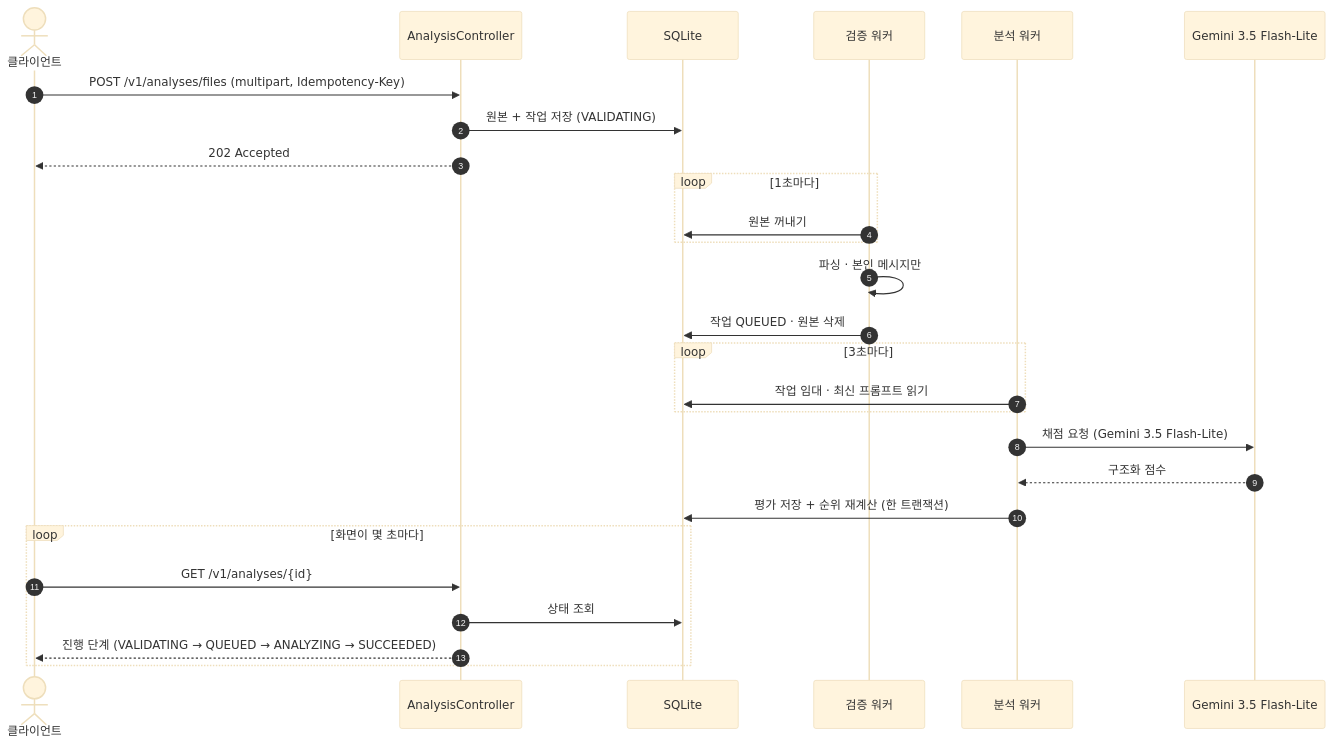
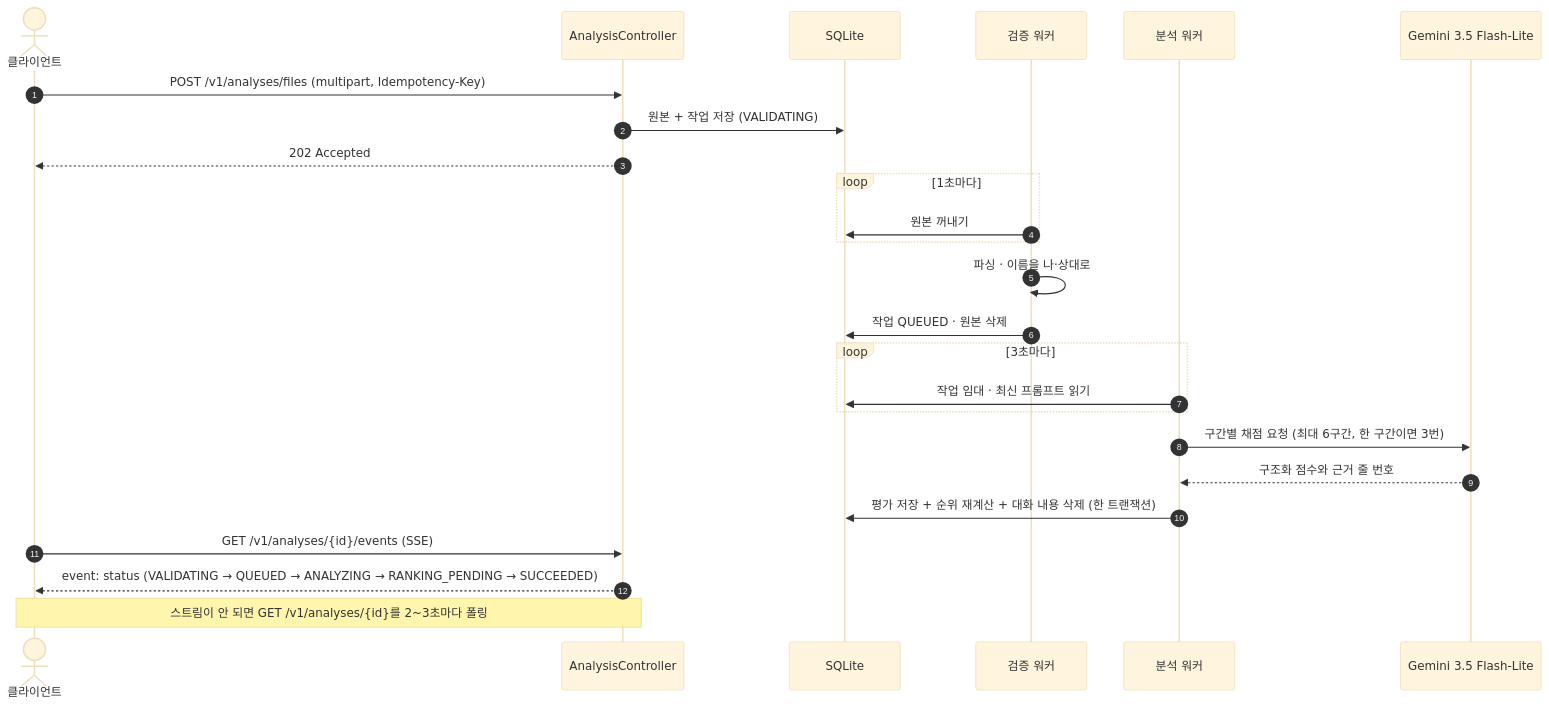
The diagram in backend/README.md (yooni9ue/santacut), drawn with Mermaid (base theme) before and after one commit. The commit also changed other lines of this file and 6 other files, not shown here.

````diff
--- a/backend/README.md
+++ b/backend/README.md
@@ -92,29 +116,27 @@
 ```mermaid
 sequenceDiagram
     autonumber
     actor C as 클라이언트
     participant API as AnalysisController
     participant DB as SQLite
     participant V as 검증 워커
     participant W as 분석 워커
     participant AI as Gemini 3.5 Flash-Lite
     C->>API: POST /v1/analyses/files (multipart, Idempotency-Key)
     API->>DB: 원본 + 작업 저장 (VALIDATING)
     API-->>C: 202 Accepted
     loop 1초마다
         V->>DB: 원본 꺼내기
     end
-    V->>V: 파싱 · 본인 메시지만
+    V->>V: 파싱 · 이름을 나·상대로
     V->>DB: 작업 QUEUED · 원본 삭제
     loop 3초마다
         W->>DB: 작업 임대 · 최신 프롬프트 읽기
     end
-    W->>AI: 채점 요청 (Gemini 3.5 Flash-Lite)
-    AI-->>W: 구조화 점수
-    W->>DB: 평가 저장 + 순위 재계산 (한 트랜잭션)
-    loop 화면이 몇 초마다
-        C->>API: GET /v1/analyses/{id}
-        API->>DB: 상태 조회
-        API-->>C: 진행 단계 (VALIDATING → QUEUED → ANALYZING → SUCCEEDED)
-    end
+    W->>AI: 구간별 채점 요청 (최대 6구간, 한 구간이면 3번)
+    AI-->>W: 구조화 점수와 근거 줄 번호
+    W->>DB: 평가 저장 + 순위 재계산 + 대화 내용 삭제 (한 트랜잭션)
+    C->>API: GET /v1/analyses/{id}/events (SSE)
+    API-->>C: event: status (VALIDATING → QUEUED → ANALYZING → RANKING_PENDING → SUCCEEDED)
+    Note over C,API: 스트림이 안 되면 GET /v1/analyses/{id}를 2~3초마다 폴링
 ```
````
